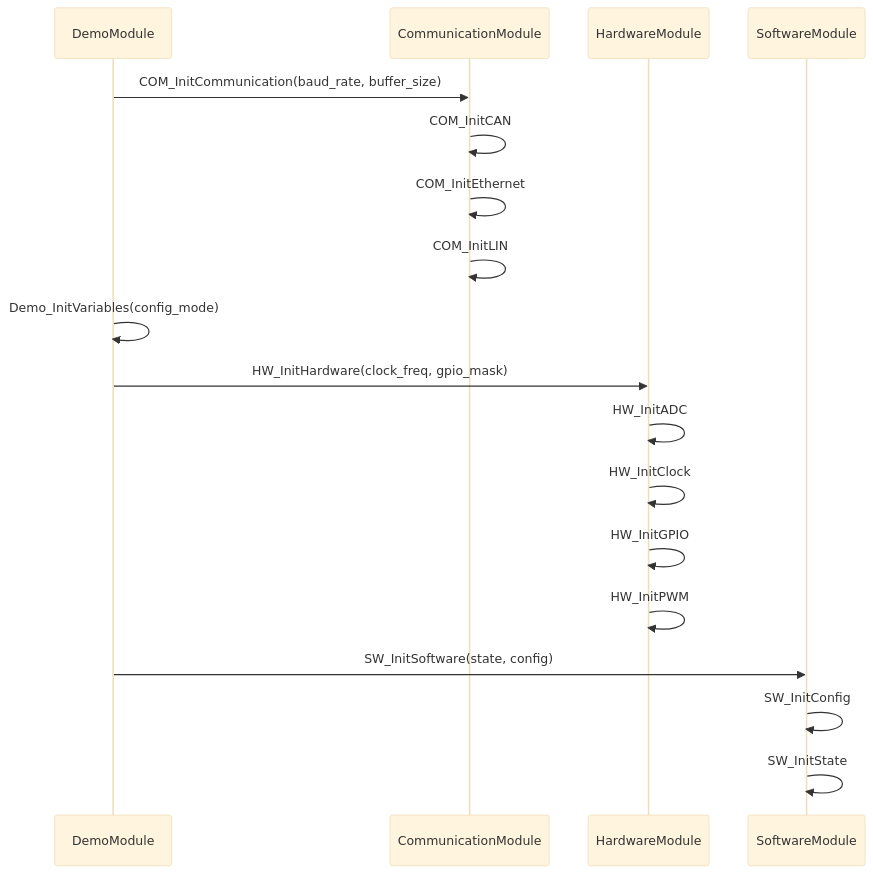
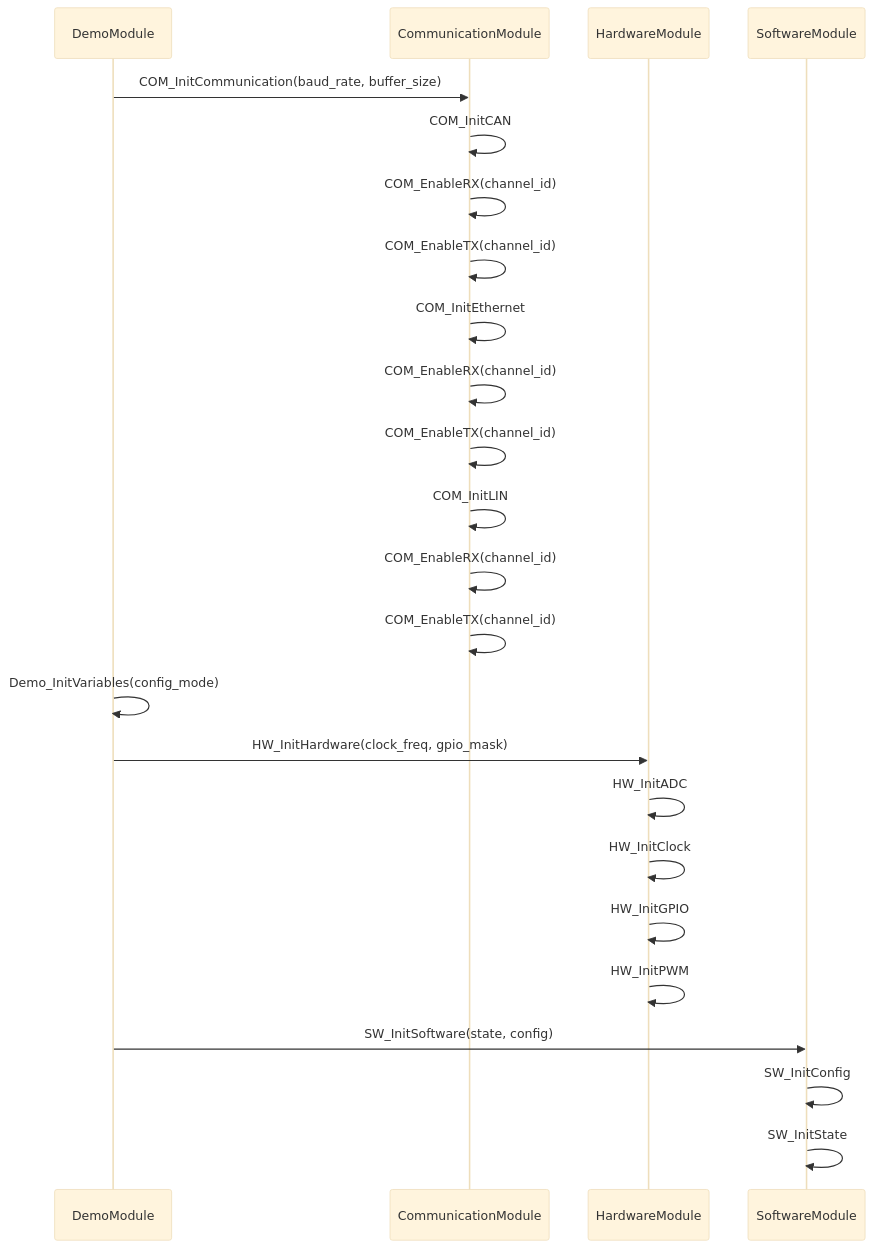
Before and after one commit to melodypapa/autosar_calltree: the diagram in demo/demo.md, drawn with Mermaid (base theme). The commit also changed other lines of this file and 36 other files, not shown here.

````diff
--- a/demo/demo.md
+++ b/demo/demo.md
@@ -14,21 +14,27 @@
 ```mermaid
 sequenceDiagram
     participant DemoModule
     participant CommunicationModule
     participant HardwareModule
     participant SoftwareModule
 
     DemoModule->>CommunicationModule: COM_InitCommunication(baud_rate, buffer_size)
     CommunicationModule->>CommunicationModule: COM_InitCAN
+    CommunicationModule->>CommunicationModule: COM_EnableRX(channel_id)
+    CommunicationModule->>CommunicationModule: COM_EnableTX(channel_id)
     CommunicationModule->>CommunicationModule: COM_InitEthernet
+    CommunicationModule->>CommunicationModule: COM_EnableRX(channel_id)
+    CommunicationModule->>CommunicationModule: COM_EnableTX(channel_id)
     CommunicationModule->>CommunicationModule: COM_InitLIN
+    CommunicationModule->>CommunicationModule: COM_EnableRX(channel_id)
+    CommunicationModule->>CommunicationModule: COM_EnableTX(channel_id)
     DemoModule->>DemoModule: Demo_InitVariables(config_mode)
     DemoModule->>HardwareModule: HW_InitHardware(clock_freq, gpio_mask)
     HardwareModule->>HardwareModule: HW_InitADC
     HardwareModule->>HardwareModule: HW_InitClock
     HardwareModule->>HardwareModule: HW_InitGPIO
     HardwareModule->>HardwareModule: HW_InitPWM
     DemoModule->>SoftwareModule: SW_InitSoftware(state, config)
     SoftwareModule->>SoftwareModule: SW_InitConfig
     SoftwareModule->>SoftwareModule: SW_InitState
 ```
````
